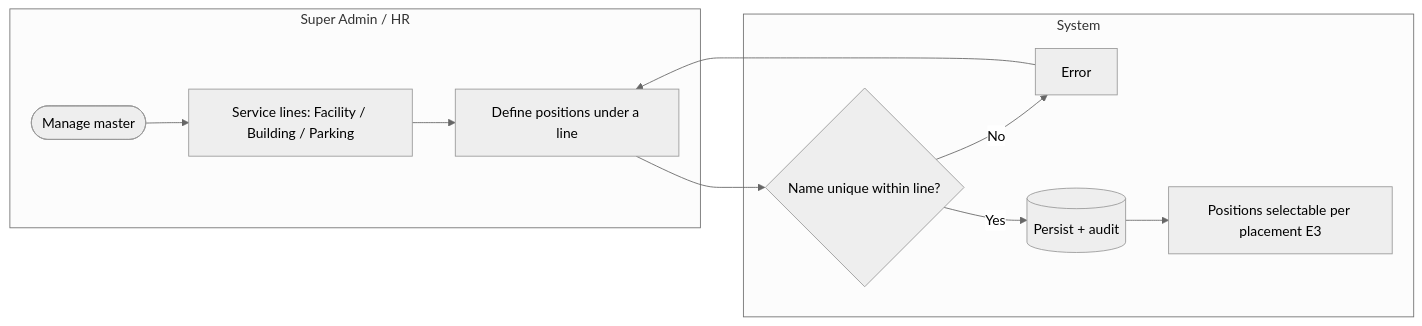
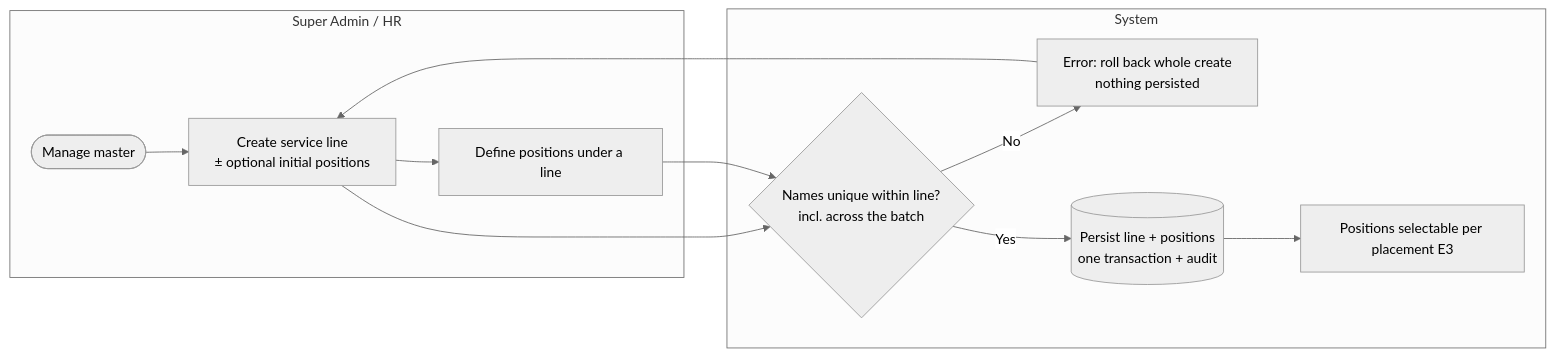
Before and after one commit to hariszaki17/hris-outsource: the sixth of 8 diagrams in docs/epics/E2-identity/FEATURE.md, drawn with Mermaid (neutral theme). The commit also changed other lines of this file and 9 other files, not shown here.

First line of the commit message:
feat(e2): atomic service-line create with initial positions

````diff
--- a/docs/epics/E2-identity/FEATURE.md
+++ b/docs/epics/E2-identity/FEATURE.md
@@ -266,13 +266,14 @@
 ```mermaid
 flowchart LR
     subgraph Admin[Super Admin / HR]
-        F1([Manage master]) --> F2[Service lines: Facility / Building / Parking]
+        F1([Manage master]) --> F2[Create service line<br/>± optional initial positions]
         F2 --> F3[Define positions under a line]
     end
     subgraph SYS[System]
-        F3 --> G1{Name unique within line?}
-        G1 -- No --> G2[Error] --> F3
-        G1 -- Yes --> G3[(Persist + audit)]
+        F2 --> G1
+        F3 --> G1{Names unique within line?<br/>incl. across the batch}
+        G1 -- No --> G2[Error: roll back whole create<br/>nothing persisted] --> F2
+        G1 -- Yes --> G3[(Persist line + positions<br/>one transaction + audit)]
         G3 --> G4[Positions selectable per placement E3]
     end
 ```
````
